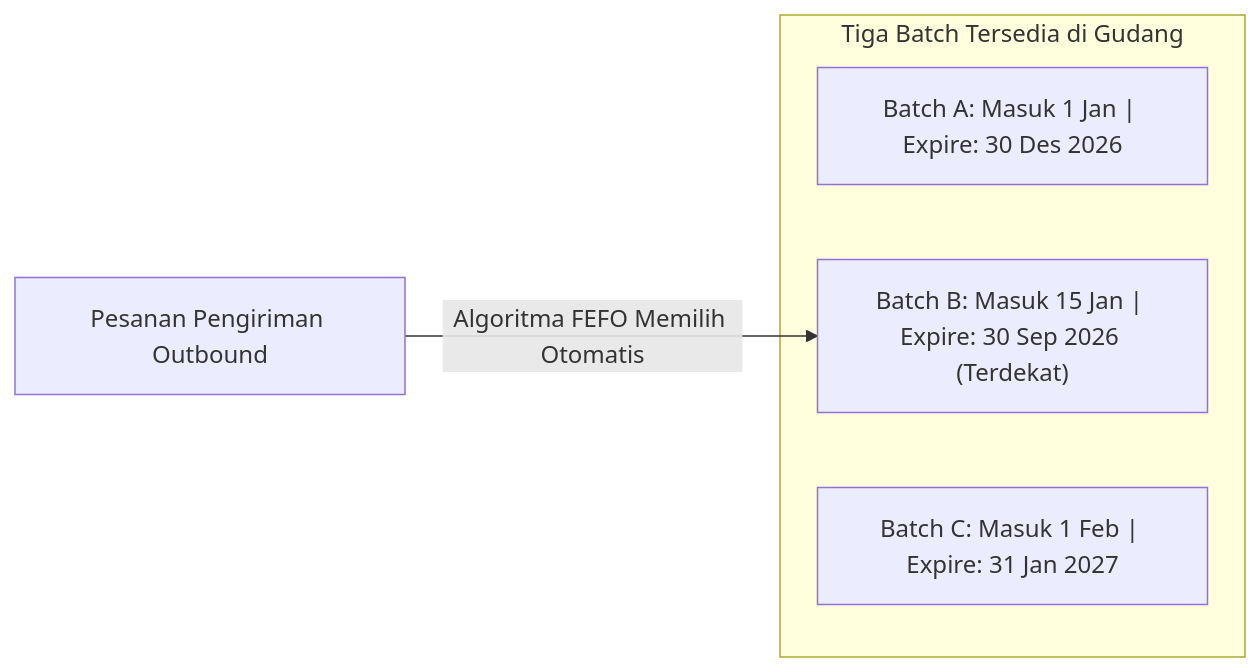
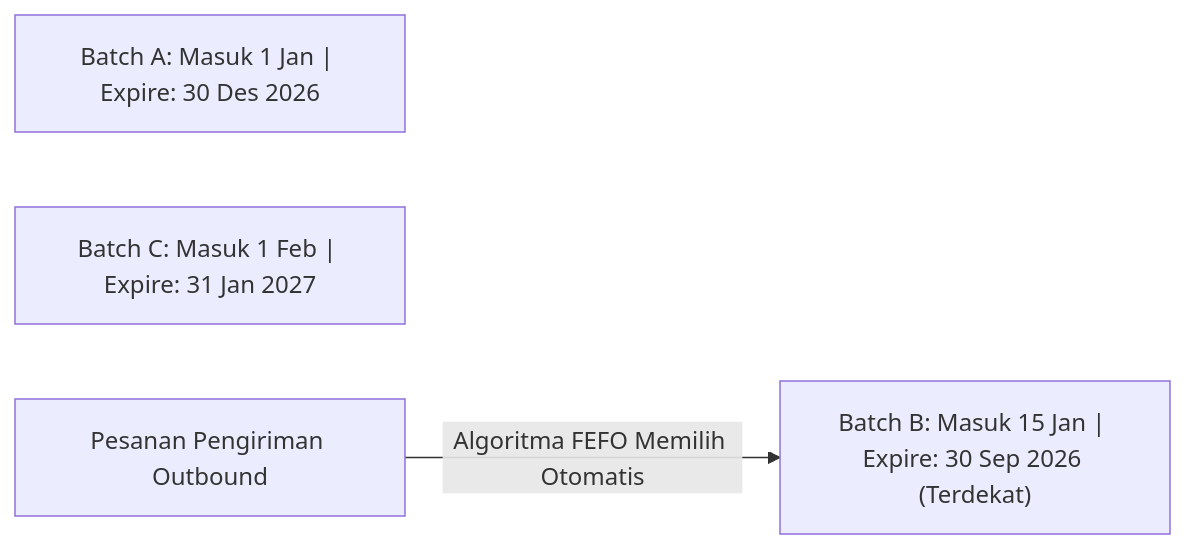
The second of 2 diagrams in content/05-inventory/lot-and-serial-number-tracking.md (alimurrofid/erp-notes), drawn with Mermaid before and after one commit. The commit also changed 58 other files, not shown here.

Commit message:
fix(content):Mermaid Subgraph

````diff
--- a/content/05-inventory/lot-and-serial-number-tracking.md
+++ b/content/05-inventory/lot-and-serial-number-tracking.md
@@ -74,11 +74,9 @@
 ```mermaid
 flowchart LR
-    subgraph Batches["Tiga Batch Tersedia di Gudang"]
         B1["Batch A: Masuk 1 Jan | Expire: 30 Des 2026"]
         B2["Batch B: Masuk 15 Jan | Expire: 30 Sep 2026 (Terdekat)"]
         B3["Batch C: Masuk 1 Feb | Expire: 31 Jan 2027"]
-    end
     
     Order["Pesanan Pengiriman Outbound"]
     Order -->|"Algoritma FEFO Memilih Otomatis"| B2
 ```
````
